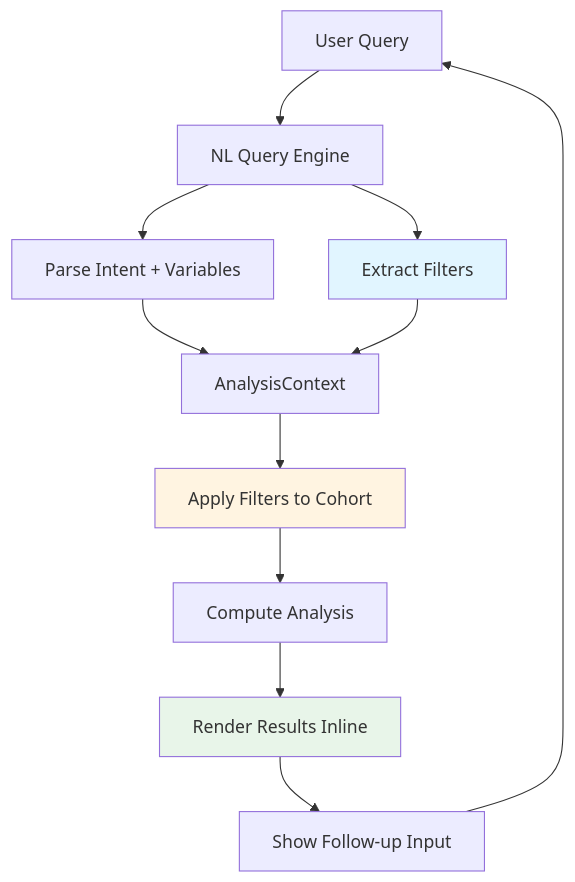
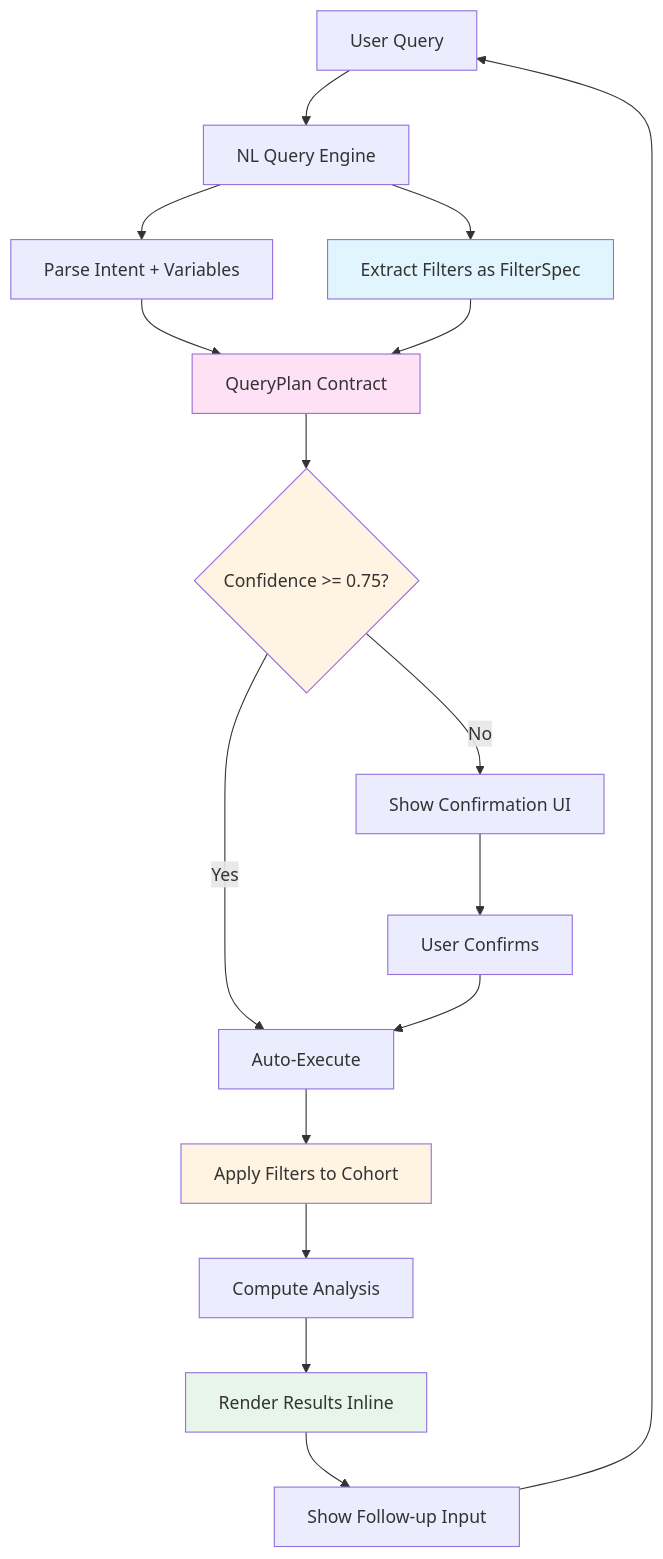
Before and after one commit to jtouley/md_data_explorer: the diagram in .cursor/plans/fix_comparison_analysis_and_implement_conversational_filtering_ui_7e5ceada.plan.md, drawn with Mermaid. The commit also changed other lines of this file and 40 other files, not shown here.

First line of the commit message:
feat(ADR001): Complete ADR001 Implementation - Query Plan Producer, Filtering, and Conversational UI (#16)

````diff
--- a/.cursor/plans/fix_comparison_analysis_and_implement_conversational_filtering_ui_7e5ceada.plan.md
+++ b/.cursor/plans/fix_comparison_analysis_and_implement_conversational_filtering_ui_7e5ceada.plan.md
@@ -122,17 +150,24 @@
 ```mermaid
 flowchart TD
     A[User Query] --> B[NL Query Engine]
     B --> C[Parse Intent + Variables]
-    B --> D[Extract Filters]
-    C --> E[AnalysisContext]
+    B --> D[Extract Filters as FilterSpec]
+    C --> E[QueryPlan Contract]
     D --> E
-    E --> F[Apply Filters to Cohort]
-    F --> G[Compute Analysis]
-    G --> H[Render Results Inline]
-    H --> I[Show Follow-up Input]
-    I --> A
+    E --> F{Confidence >= 0.75?}
+    F -->|Yes| G[Auto-Execute]
+    F -->|No| H[Show Confirmation UI]
+    H --> I[User Confirms]
+    I --> G
+    G --> J[Apply Filters to Cohort]
+    J --> K[Compute Analysis]
+    K --> L[Render Results Inline]
+    L --> M[Show Follow-up Input]
+    M --> A
     
     style D fill:#e1f5ff
+    style E fill:#ffe1f5
     style F fill:#fff4e1
-    style H fill:#e8f5e9
+    style J fill:#fff4e1
+    style L fill:#e8f5e9
 ```
````
